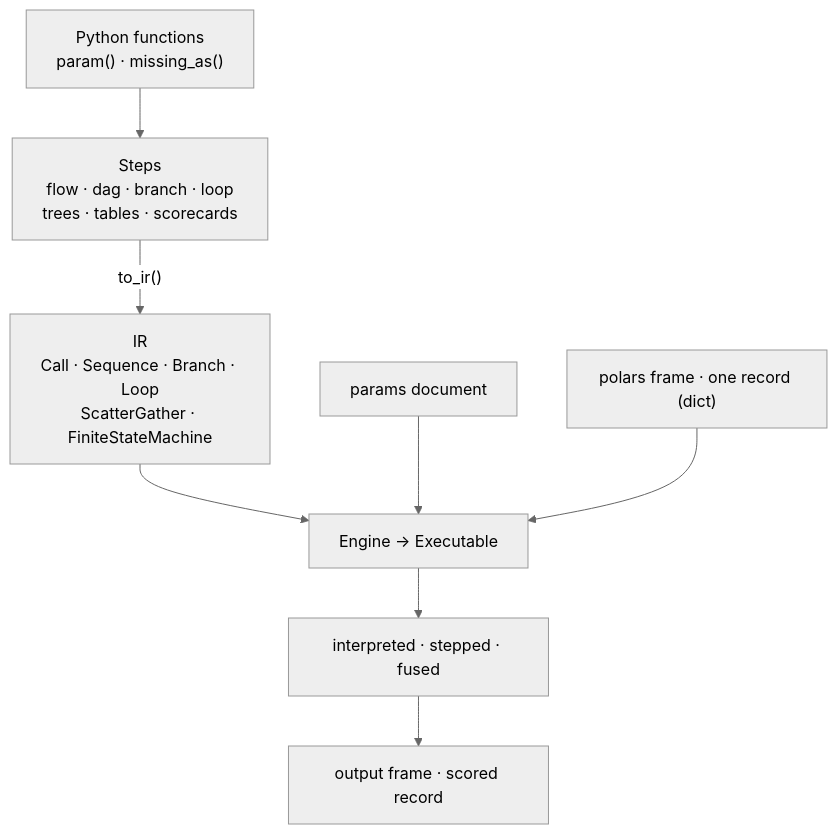
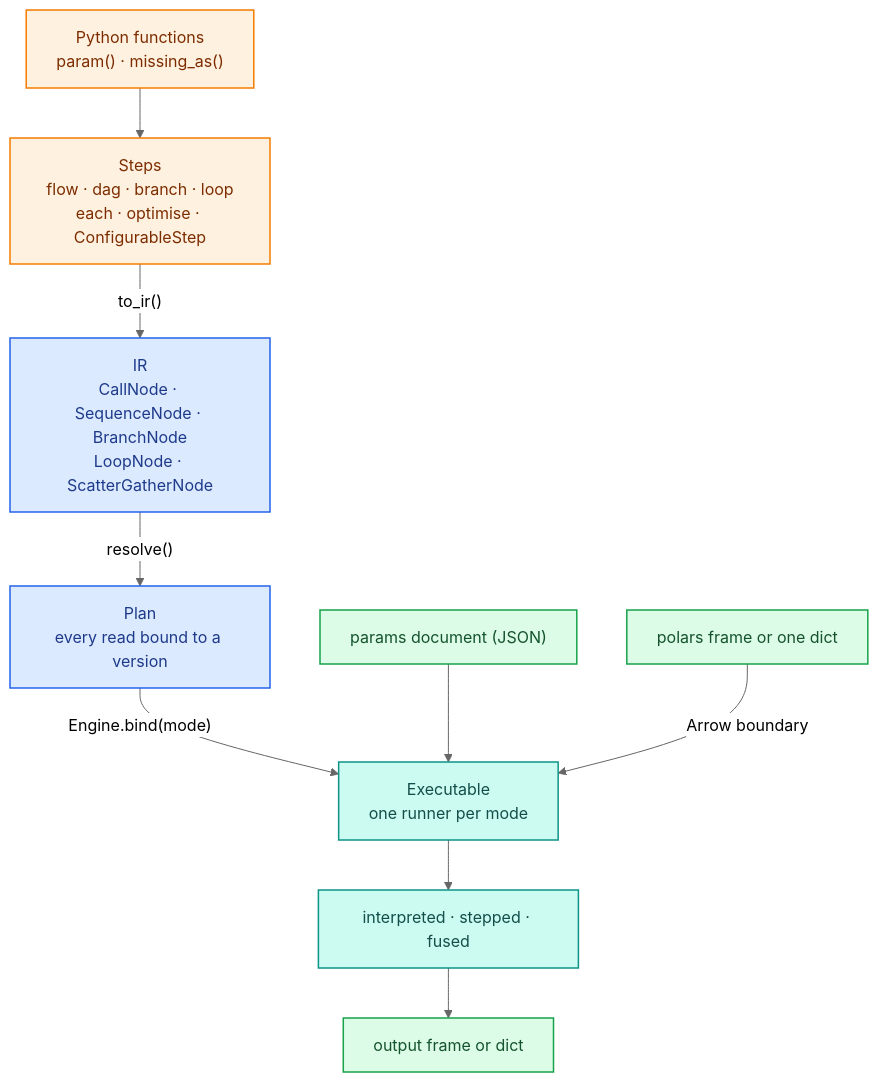
Before and after one commit to capitec/dsp-decision-engine: the first of 5 diagrams in docs/architecture/index.md, drawn with Mermaid (neutral theme). The commit also changed other lines of this file and 135 other files, not shown here.

First line of the commit message:
Write the documentation site: guides, tutorials, architecture and API reference

````diff
--- a/docs/architecture/index.md
+++ b/docs/architecture/index.md
@@ -12,10 +15,15 @@
 ```mermaid
 flowchart TB
-    fn["Python functions<br/>param() · missing_as()"] --> steps["Steps<br/>flow · dag · branch · loop<br/>trees · tables · scorecards"]
-    steps -->|"to_ir()"| ir["IR<br/>Call · Sequence · Branch · Loop<br/>ScatterGather · FiniteStateMachine"]
-    ir --> engine["Engine → Executable"]
-    params["params document"] --> engine
-    data["polars frame · one record (dict)"] --> engine
-    engine --> modes["interpreted · stepped · fused"]
-    modes --> out["output frame · scored record"]
+    fn["Python functions<br/>param() · missing_as()"]:::authoring --> steps["Steps<br/>flow · dag · branch · loop<br/>each · optimise · ConfigurableStep"]:::authoring
+    steps -->|"to_ir()"| ir["IR<br/>CallNode · SequenceNode · BranchNode<br/>LoopNode · ScatterGatherNode"]:::ir
+    ir -->|"resolve()"| plan["Plan<br/>every read bound to a version"]:::ir
+    plan -->|"Engine.bind(mode)"| exe["Executable<br/>one runner per mode"]:::engine
+    params["params document (JSON)"]:::data --> exe
+    data["polars frame or one dict"]:::data -->|"Arrow boundary"| exe
+    exe --> modes["interpreted · stepped · fused"]:::engine
+    modes --> out["output frame or dict"]:::data
+    classDef authoring fill:#fff1e0,stroke:#f57c00,color:#7c2d00,stroke-width:1.5px;
+    classDef ir fill:#dbeafe,stroke:#2563eb,color:#1e3a8a,stroke-width:1.5px;
+    classDef engine fill:#ccfbf1,stroke:#0d9488,color:#134e4a,stroke-width:1.5px;
+    classDef data fill:#dcfce7,stroke:#16a34a,color:#14532d,stroke-width:1.5px;
 ```
````
